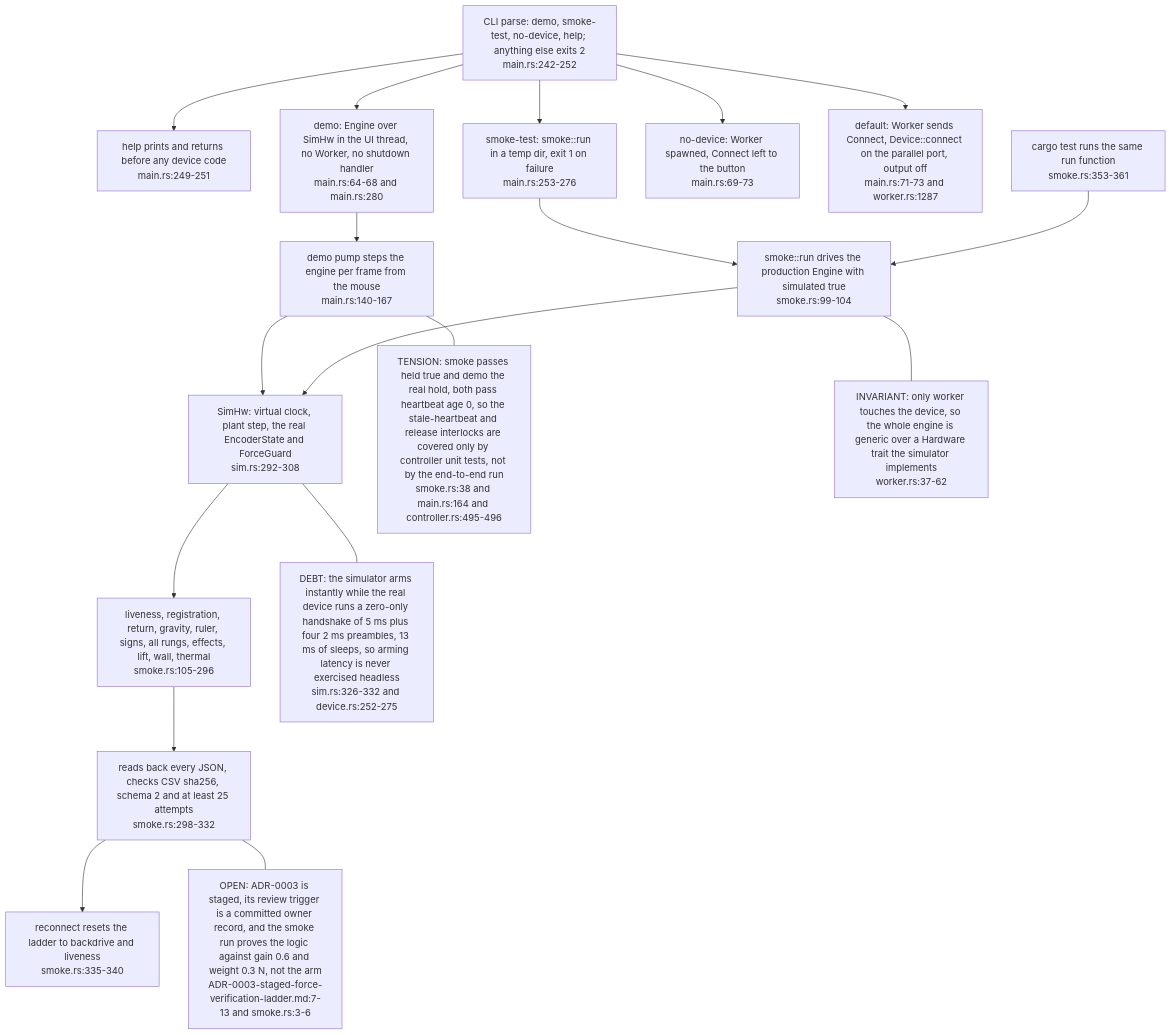
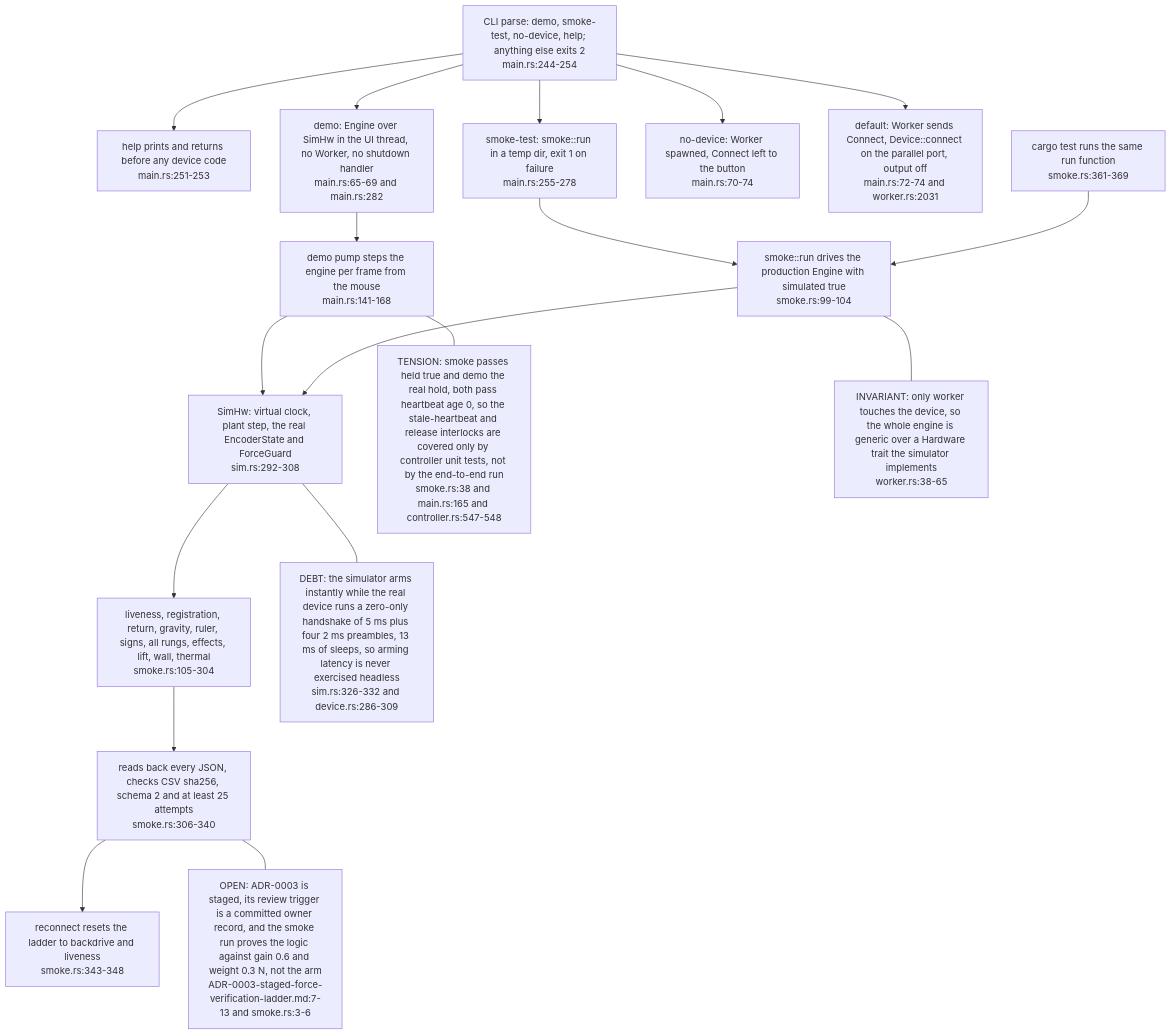
Before and after one commit to DreamLab-AI/VisionFlow: the sixth of 7 diagrams in docs/diagrams/visiontouch-rs/08-calibration-studio-and-verification-ladder.md, drawn with Mermaid. The commit also changed other lines of this file and 36 other files, not shown here.

First line of the commit message:
docs(diagrams): re-derive and re-stamp agentbox, dream-engine, visioncraft, visiontouch and vowl topics; drop LAN addresses

````diff
--- a/docs/diagrams/visiontouch-rs/08-calibration-studio-and-verification-ladder.md
+++ b/docs/diagrams/visiontouch-rs/08-calibration-studio-and-verification-ladder.md
@@ -311,37 +312,37 @@
 ```mermaid
 flowchart TB
-    CLI["CLI parse: demo, smoke-test, no-device, help; anything else exits 2<br/>main.rs:242-252"]
-    HELP["help prints and returns before any device code<br/>main.rs:249-251"]
-    SMOKE["smoke-test: smoke::run in a temp dir, exit 1 on failure<br/>main.rs:253-276"]
-    DEMO["demo: Engine over SimHw in the UI thread, no Worker, no shutdown handler<br/>main.rs:64-68 and main.rs:280"]
-    NODEV["no-device: Worker spawned, Connect left to the button<br/>main.rs:69-73"]
-    REAL["default: Worker sends Connect, Device::connect on the parallel port, output off<br/>main.rs:71-73 and worker.rs:1287"]
+    CLI["CLI parse: demo, smoke-test, no-device, help; anything else exits 2<br/>main.rs:244-254"]
+    HELP["help prints and returns before any device code<br/>main.rs:251-253"]
+    SMOKE["smoke-test: smoke::run in a temp dir, exit 1 on failure<br/>main.rs:255-278"]
+    DEMO["demo: Engine over SimHw in the UI thread, no Worker, no shutdown handler<br/>main.rs:65-69 and main.rs:282"]
+    NODEV["no-device: Worker spawned, Connect left to the button<br/>main.rs:70-74"]
+    REAL["default: Worker sends Connect, Device::connect on the parallel port, output off<br/>main.rs:72-74 and worker.rs:2031"]
     RUN["smoke::run drives the production Engine with simulated true<br/>smoke.rs:99-104"]
     PLANT["SimHw: virtual clock, plant step, the real EncoderState and ForceGuard<br/>sim.rs:292-308"]
-    LADDER["liveness, registration, return, gravity, ruler, signs, all rungs, effects, lift, wall, thermal<br/>smoke.rs:105-296"]
-    VERIFY["reads back every JSON, checks CSV sha256, schema 2 and at least 25 attempts<br/>smoke.rs:298-332"]
-    RECON["reconnect resets the ladder to backdrive and liveness<br/>smoke.rs:335-340"]
-    TEST["cargo test runs the same run function<br/>smoke.rs:353-361"]
-    PUMP["demo pump steps the engine per frame from the mouse<br/>main.rs:140-167"]
+    LADDER["liveness, registration, return, gravity, ruler, signs, all rungs, effects, lift, wall, thermal<br/>smoke.rs:105-304"]
+    VERIFY["reads back every JSON, checks CSV sha256, schema 2 and at least 25 attempts<br/>smoke.rs:306-340"]
+    RECON["reconnect resets the ladder to backdrive and liveness<br/>smoke.rs:343-348"]
+    TEST["cargo test runs the same run function<br/>smoke.rs:361-369"]
+    PUMP["demo pump steps the engine per frame from the mouse<br/>main.rs:141-168"]
     CLI --> HELP
     CLI --> SMOKE
     CLI --> DEMO
     CLI --> NODEV
     CLI --> REAL
     SMOKE --> RUN
     TEST --> RUN
     DEMO --> PUMP
     PUMP --> PLANT
     RUN --> PLANT
     PLANT --> LADDER
     LADDER --> VERIFY
     VERIFY --> RECON
-    N1["DEBT: the simulator arms instantly while the real device runs a zero-only handshake of 5 ms plus four 2 ms preambles, 13 ms of sleeps, so arming latency is never exercised headless<br/>sim.rs:326-332 and device.rs:252-275"]
-    N2["TENSION: smoke passes held true and demo the real hold, both pass heartbeat age 0, so the stale-heartbeat and release interlocks are covered only by controller unit tests, not by the end-to-end run<br/>smoke.rs:38 and main.rs:164 and controller.rs:495-496"]
-    N3["INVARIANT: only worker touches the device, so the whole engine is generic over a Hardware trait the simulator implements<br/>worker.rs:37-62"]
+    N1["DEBT: the simulator arms instantly while the real device runs a zero-only handshake of 5 ms plus four 2 ms preambles, 13 ms of sleeps, so arming latency is never exercised headless<br/>sim.rs:326-332 and device.rs:286-309"]
+    N2["TENSION: smoke passes held true and demo the real hold, both pass heartbeat age 0, so the stale-heartbeat and release interlocks are covered only by controller unit tests, not by the end-to-end run<br/>smoke.rs:38 and main.rs:165 and controller.rs:547-548"]
+    N3["INVARIANT: only worker touches the device, so the whole engine is generic over a Hardware trait the simulator implements<br/>worker.rs:38-65"]
     N4["OPEN: ADR-0003 is staged, its review trigger is a committed owner record, and the smoke run proves the logic against gain 0.6 and weight 0.3 N, not the arm<br/>ADR-0003-staged-force-verification-ladder.md:7-13 and smoke.rs:3-6"]
     PLANT --- N1
     PUMP --- N2
     RUN --- N3
     VERIFY --- N4
 ```
````
